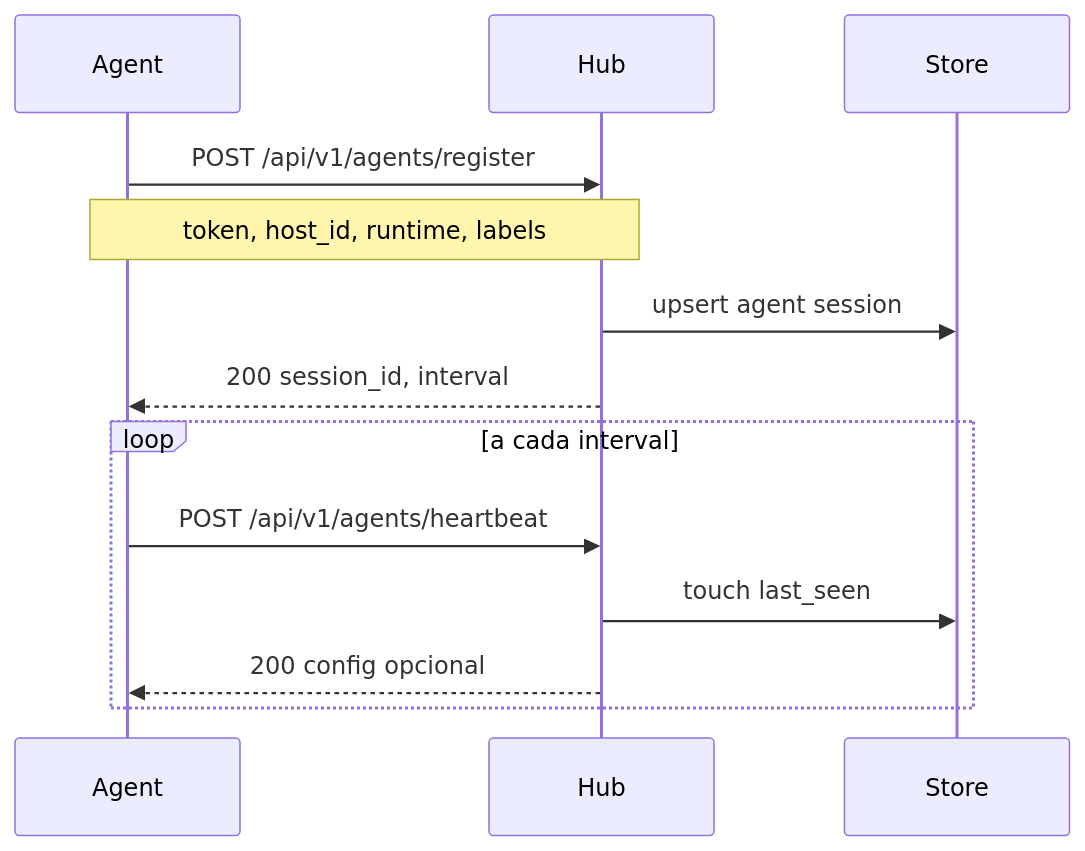
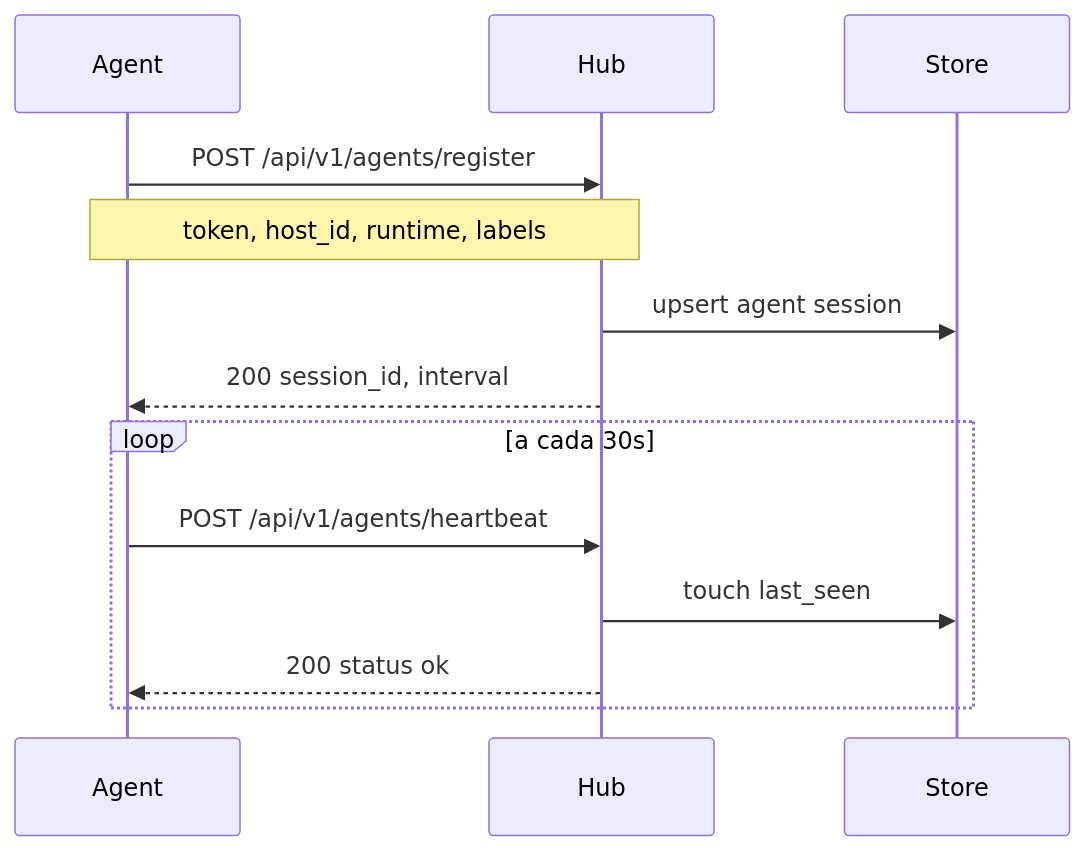
The first of 2 diagrams in docs/flows/agent-connection.md (HarryRaddatz/argus-observability), drawn with Mermaid before and after one commit. The commit also changed other lines of this file and 9 other files, not shown here.

````diff
--- a/docs/flows/agent-connection.md
+++ b/docs/flows/agent-connection.md
@@ -7,17 +7,17 @@
 ```mermaid
 sequenceDiagram
   participant Agent
   participant Hub
   participant Store
 
   Agent->>Hub: POST /api/v1/agents/register
   Note over Agent,Hub: token, host_id, runtime, labels
   Hub->>Store: upsert agent session
   Hub-->>Agent: 200 session_id, interval
 
-  loop a cada interval
+  loop a cada 30s
     Agent->>Hub: POST /api/v1/agents/heartbeat
     Hub->>Store: touch last_seen
-    Hub-->>Agent: 200 config opcional
+    Hub-->>Agent: 200 status ok
   end
 ```
````
